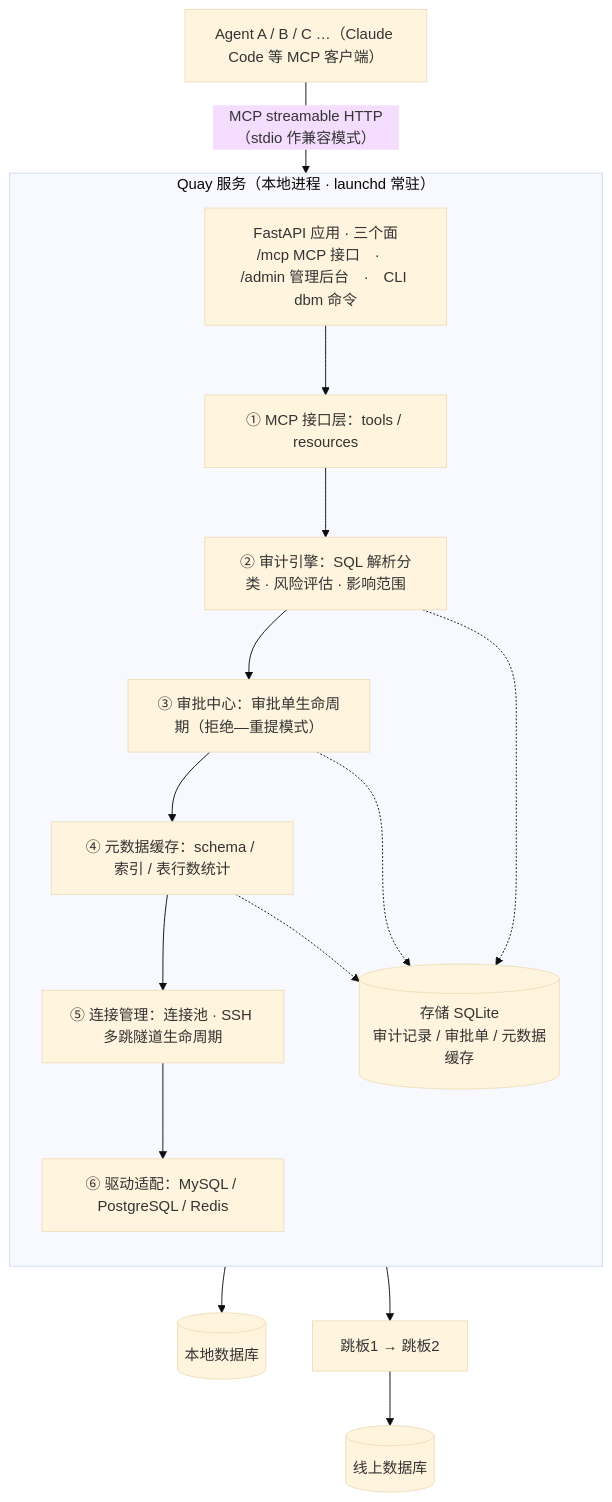
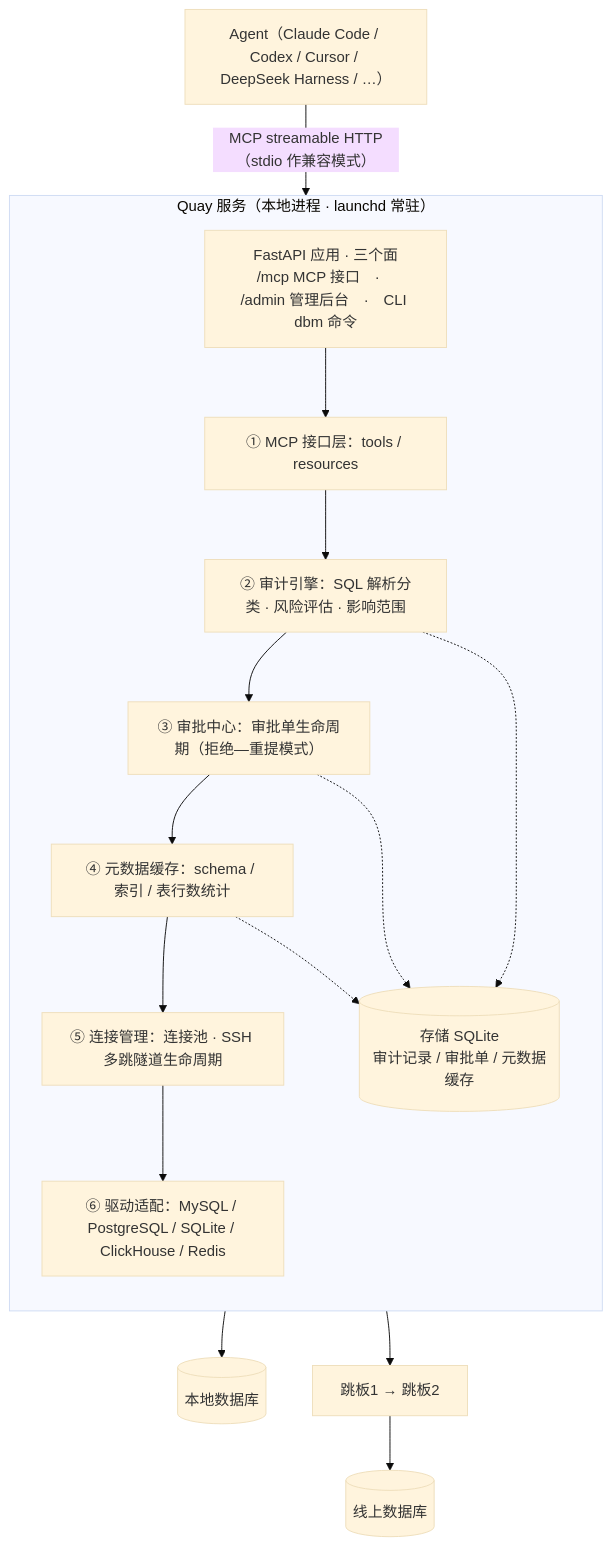
One commit to jianxinliu/Quay changed the first of 2 diagrams in DESIGN.md. Above: the diagram before and after it, drawn with Mermaid (base theme). The commit also changed other lines of this file and 6 other files, not shown here.

````diff
--- a/DESIGN.md
+++ b/DESIGN.md
@@ -18,24 +18,24 @@
 ```mermaid
 flowchart TB
-    A["Agent A / B / C …（Claude Code 等 MCP 客户端）"]
+    A["Agent（Claude Code / Codex / Cursor / DeepSeek Harness / …）"]
     A -->|"MCP streamable HTTP（stdio 作兼容模式）"| Q
 
     subgraph Q["Quay 服务（本地进程 · launchd 常驻）"]
         direction TB
         F["FastAPI 应用 · 三个面<br/>/mcp MCP 接口　·　/admin 管理后台　·　CLI dbm 命令"]
         L1["① MCP 接口层：tools / resources"]
         L2["② 审计引擎：SQL 解析分类 · 风险评估 · 影响范围"]
         L3["③ 审批中心：审批单生命周期（拒绝—重提模式）"]
         L4["④ 元数据缓存：schema / 索引 / 表行数统计"]
         L5["⑤ 连接管理：连接池 · SSH 多跳隧道生命周期"]
-        L6["⑥ 驱动适配：MySQL / PostgreSQL / Redis"]
+        L6["⑥ 驱动适配：MySQL / PostgreSQL / SQLite / ClickHouse / Redis"]
         S[("存储 SQLite<br/>审计记录 / 审批单 / 元数据缓存")]
         F --> L1 --> L2 --> L3 --> L4 --> L5 --> L6
         L2 -.-> S
         L3 -.-> S
         L4 -.-> S
     end
 
     Q --> DB1[("本地数据库")]
     Q --> J["跳板1 → 跳板2"] --> DB2[("线上数据库")]
 ```
````
